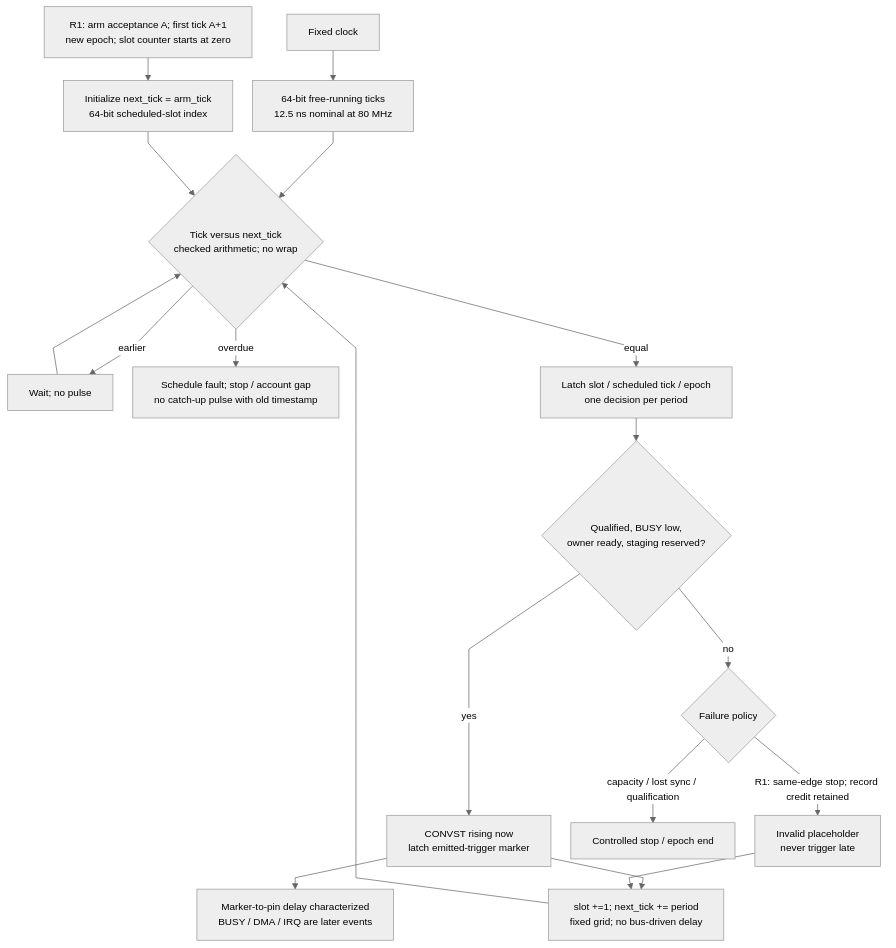
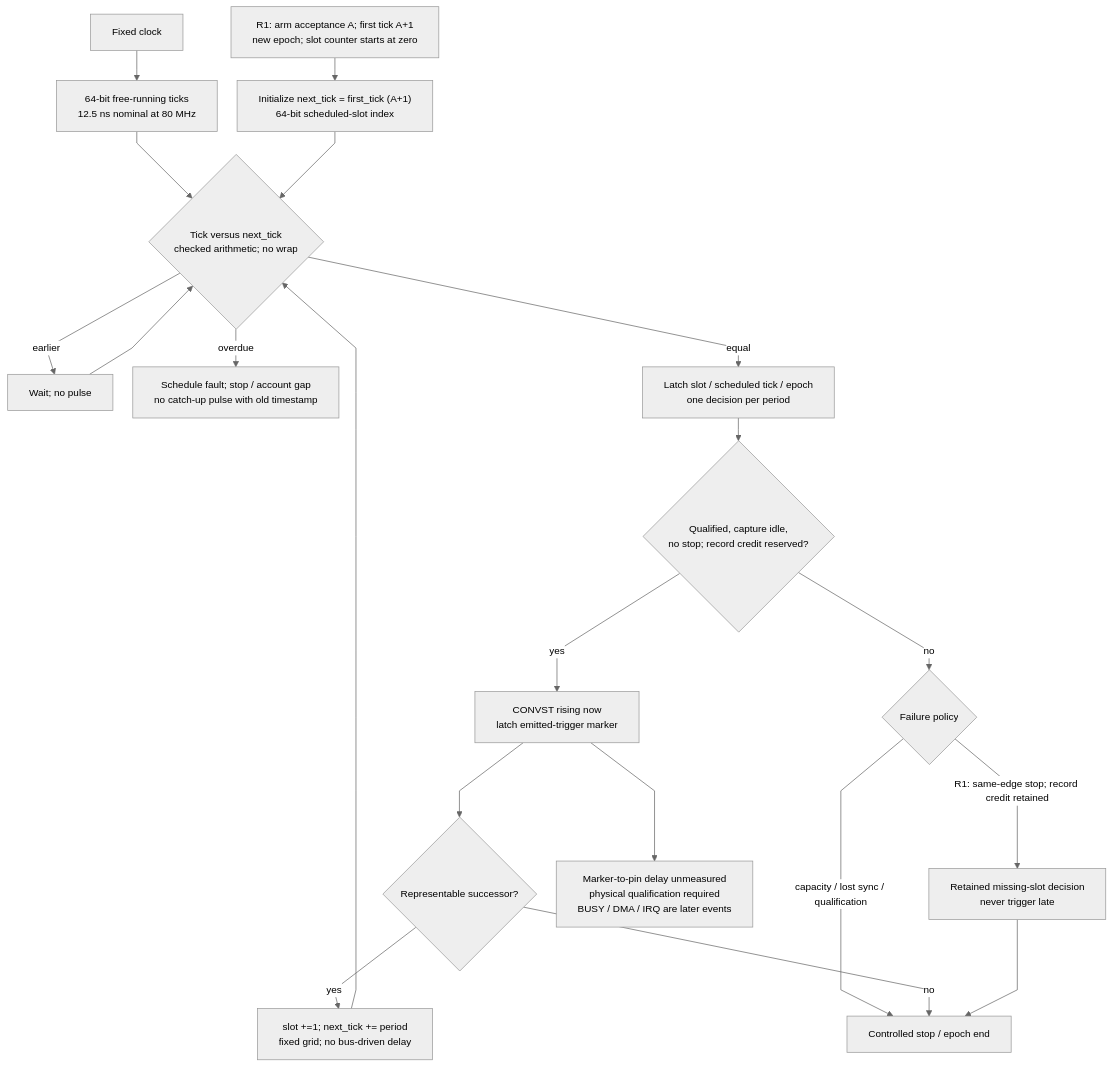
One commit to baolgn/DRG-pain-project changed the eighth of 27 diagrams in microcontroller/acquisition/README.md. Above: the diagram before and after it, drawn with Mermaid. The commit also changed other lines of this file and 203 other files, not shown here.

````diff
--- a/microcontroller/acquisition/README.md
+++ b/microcontroller/acquisition/README.md
@@ -228,21 +231,23 @@
 ```mermaid
 %%{init: {"theme":"neutral","themeVariables":{"fontFamily":"Arial,sans-serif","fontSize":"14px"},"flowchart":{"htmlLabels":true,"minNodeWidth":0,"wrappingWidth":240,"nodeSpacing":28,"rankSpacing":32,"curve":"linear"}}}%%
 flowchart TB
     CLK["Fixed clock"] --> TICK["64-bit free-running ticks<br/>12.5 ns nominal at 80 MHz"]
-    ARM["R1: arm acceptance A; first tick A+1<br/>new epoch; slot counter starts at zero"] --> NEXT["Initialize next_tick = arm_tick<br/>64-bit scheduled-slot index"]
+    ARM["R1: arm acceptance A; first tick A+1<br/>new epoch; slot counter starts at zero"] --> NEXT["Initialize next_tick = first_tick (A+1)<br/>64-bit scheduled-slot index"]
     TICK --> DUE{"Tick versus next_tick<br/>checked arithmetic; no wrap"}
     NEXT --> DUE
     DUE -->|"earlier"| WAIT["Wait; no pulse"]
     WAIT --> DUE
     DUE -->|"overdue"| LATE["Schedule fault; stop / account gap<br/>no catch-up pulse with old timestamp"]
     DUE -->|"equal"| SLOT["Latch slot / scheduled tick / epoch<br/>one decision per period"]
-    SLOT --> READY{"Qualified, BUSY low,<br/>owner ready, staging reserved?"}
+    SLOT --> READY{"Qualified, capture idle,<br/>no stop; record credit reserved?"}
     READY -->|"yes"| TRIG["CONVST rising now<br/>latch emitted-trigger marker"]
     READY -->|"no"| WHY{"Failure policy"}
-    WHY -->|"R1: same-edge stop; record credit retained"| GAP["Invalid placeholder<br/>never trigger late"]
+    WHY -->|"R1: same-edge stop; record credit retained"| GAP["Retained missing-slot decision<br/>never trigger late"]
     WHY -->|"capacity / lost sync / qualification"| STOP["Controlled stop / epoch end"]
-    TRIG --> ADV["slot +=1; next_tick += period<br/>fixed grid; no bus-driven delay"]
-    GAP --> ADV
+    TRIG --> LIMIT{"Representable successor?"}
+    LIMIT -->|"yes"| ADV["slot +=1; next_tick += period<br/>fixed grid; no bus-driven delay"]
+    LIMIT -->|"no"| STOP
+    GAP --> STOP
     ADV --> DUE
-    TRIG --> OFFSET["Marker-to-pin delay characterized<br/>BUSY / DMA / IRQ are later events"]
+    TRIG --> OFFSET["Marker-to-pin delay unmeasured<br/>physical qualification required<br/>BUSY / DMA / IRQ are later events"]
 ```
````
